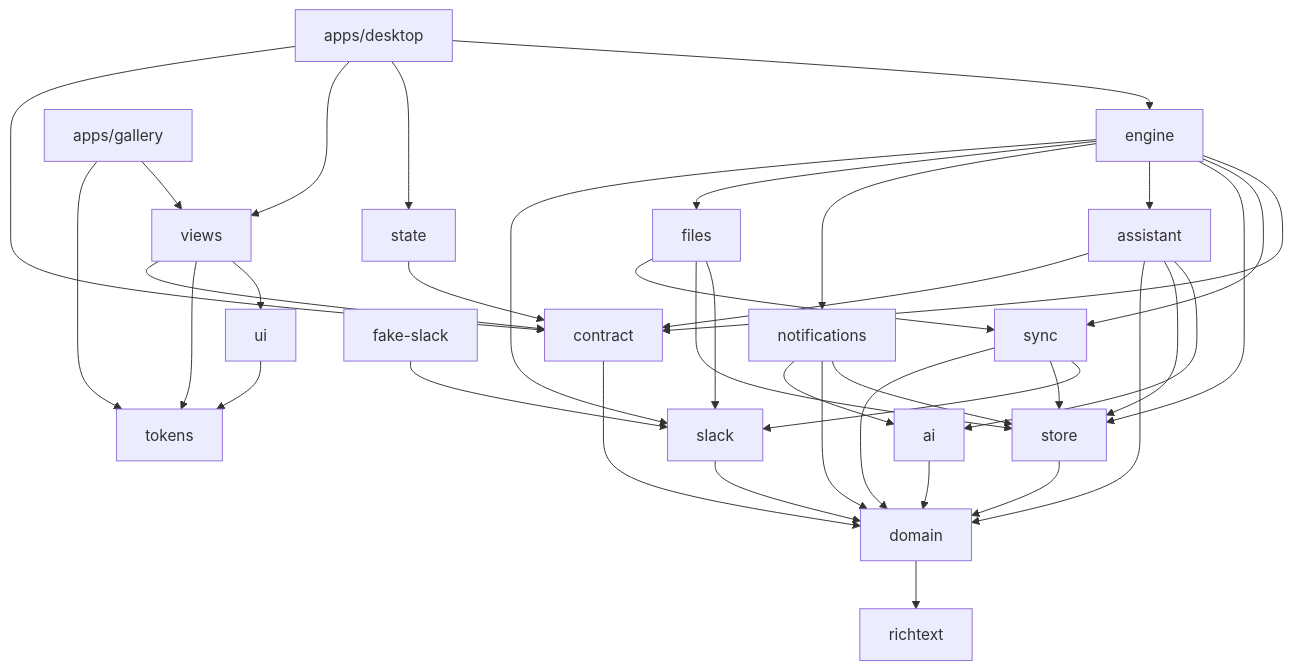
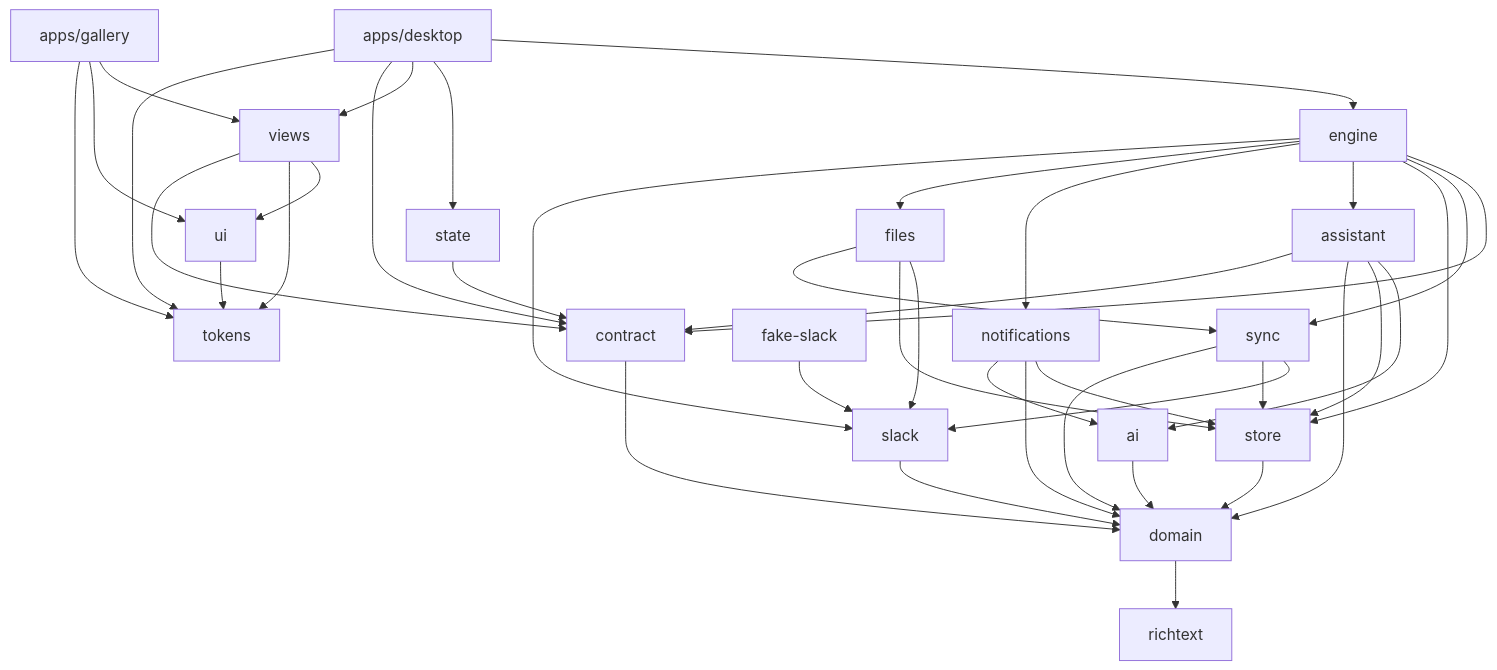
The second of 2 diagrams in docs/architecture.md (triptu/juno), drawn with Mermaid before and after one commit. The commit also changed 2 other files, not shown here.

Commit message:
Allow desktop to use tokens for theming and gallery to render ui fixtures

````diff
--- a/docs/architecture.md
+++ b/docs/architecture.md
@@ -103,21 +103,21 @@
 ```mermaid
 flowchart TD
   richtext
   domain --> richtext
   contract --> domain
   slack --> domain
   store --> domain
   sync --> slack & store & domain
   ai --> domain
   assistant --> ai & store & domain & contract
   notifications --> store & domain & ai
   files --> slack & store & sync
   engine --> contract & sync & store & assistant & notifications & files & slack
   fake_slack[fake-slack] --> slack
   tokens
   ui --> tokens
   views --> ui & tokens & contract
   state --> contract
-  desktop[apps/desktop] --> engine & state & views & contract
-  gallery[apps/gallery] --> views & tokens
+  desktop[apps/desktop] --> engine & state & views & contract & tokens
+  gallery[apps/gallery] --> views & ui & tokens
 ```
````
